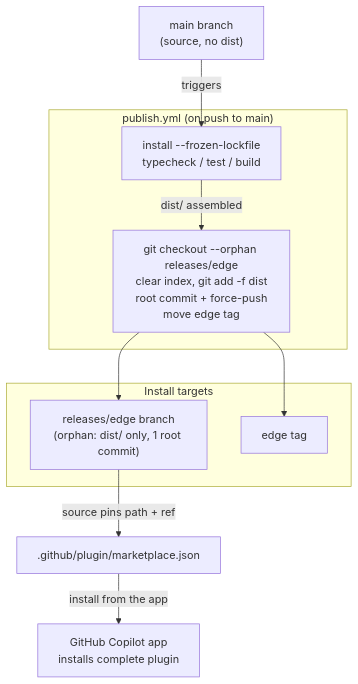
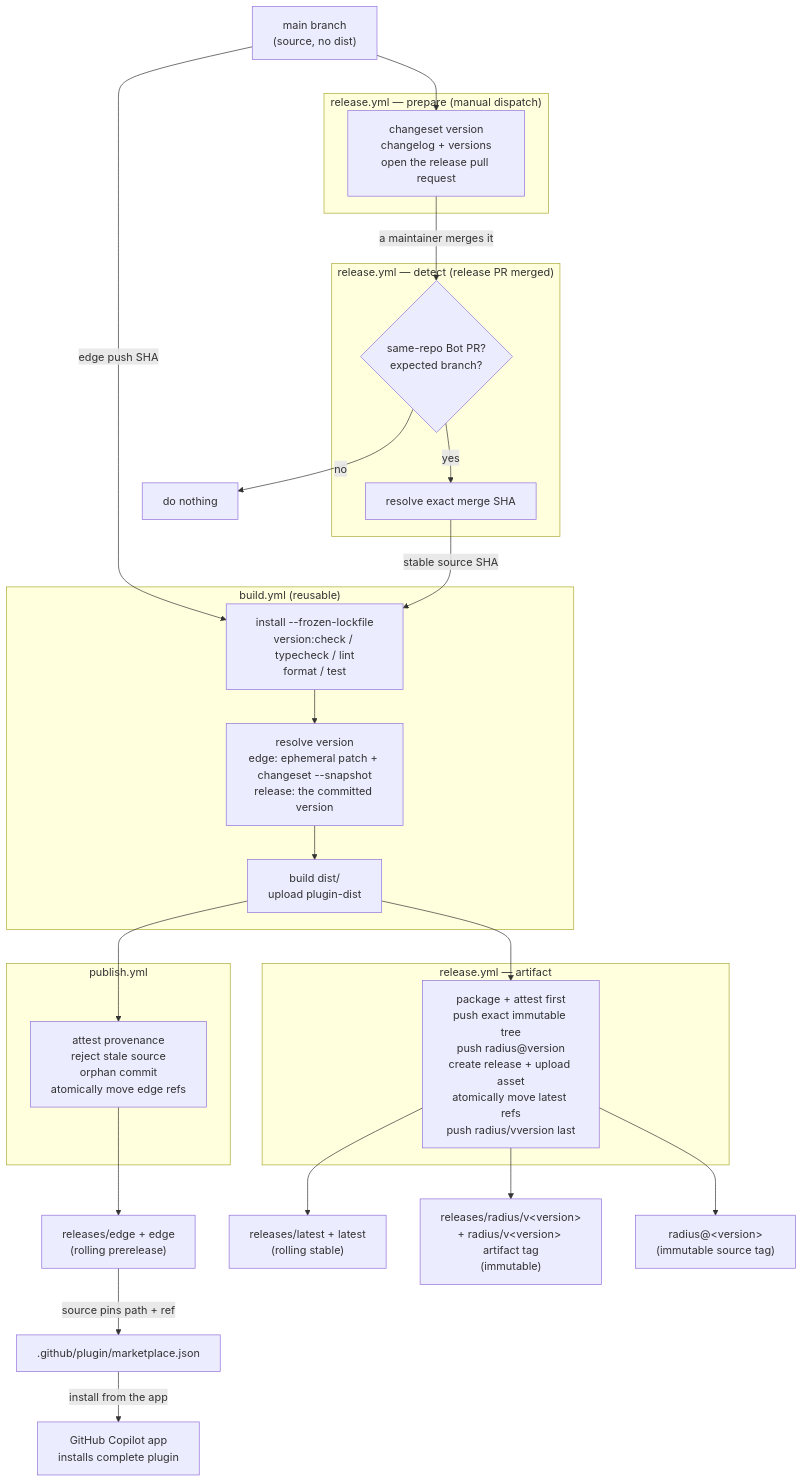
One commit to radius-project/ai-extensions changed the second of 2 diagrams in docs/architecture/plugin-packaging-and-publishing.md. Above: the diagram before and after it, drawn with Mermaid. The commit also changed other lines of this file and 18 other files, not shown here.

Commit message:
feat(release): add process for edge and stable

````diff
--- a/docs/architecture/plugin-packaging-and-publishing.md
+++ b/docs/architecture/plugin-packaging-and-publishing.md
@@ -84,21 +100,47 @@
 ```mermaid
 graph TD
-    subgraph CI["publish.yml (on push to main)"]
-        Steps["install --frozen-lockfile<br/>typecheck / test / build"]
-        Assemble["git checkout --orphan releases/edge<br/>clear index, git add -f dist<br/>root commit + force-push<br/>move edge tag"]
+    Main["main branch<br/>(source, no dist)"]
+
+    subgraph PrepWF["release.yml — prepare (manual dispatch)"]
+        VersionPR["changeset version<br/>changelog + versions<br/>open the release pull request"]
     end
 
-    Main["main branch<br/>(source, no dist)"] -->|triggers| Steps
-    Steps -->|dist/ assembled| Assemble
-
-    subgraph Published["Install targets"]
-        Release["releases/edge branch<br/>(orphan: dist/ only, 1 root commit)"]
-        Edge["edge tag"]
+    subgraph DetectWF["release.yml — detect (release PR merged)"]
+        Decide{"same-repo Bot PR?<br/>expected branch?"}
+        Source["resolve exact merge SHA"]
     end
 
-    Assemble --> Release
-    Assemble --> Edge
+    Main --> VersionPR
+    VersionPR -->|a maintainer merges it| Decide
+    Decide -->|no| Nothing["do nothing"]
+    Decide -->|yes| Source
 
-    Release -->|source pins path + ref| MP[".github/plugin/marketplace.json"]
+    subgraph BuildWF["build.yml (reusable)"]
+        Checks["install --frozen-lockfile<br/>version:check / typecheck / lint<br/>format / test"]
+        Resolve["resolve version<br/>edge: ephemeral patch + changeset --snapshot<br/>release: the committed version"]
+        Artifact["build dist/<br/>upload plugin-dist"]
+    end
+
+    Main -->|edge push SHA| Checks
+    Source -->|stable source SHA| Checks
+    Checks --> Resolve --> Artifact
+
+    subgraph EdgeWF["publish.yml"]
+        EdgePush["attest provenance<br/>reject stale source<br/>orphan commit<br/>atomically move edge refs"]
+    end
+
+    subgraph RelWF["release.yml — artifact"]
+        RelPush["package + attest first<br/>push exact immutable tree<br/>push radius@version<br/>create release + upload asset<br/>atomically move latest refs<br/>push radius/vversion last"]
+    end
+
+    Artifact --> EdgePush
+    Artifact --> RelPush
+
+    EdgePush --> Edge["releases/edge + edge<br/>(rolling prerelease)"]
+    RelPush --> Stable["releases/latest + latest<br/>(rolling stable)"]
+    RelPush --> Pinned["releases/radius/v&lt;version&gt;<br/>+ radius/v&lt;version&gt; artifact tag<br/>(immutable)"]
+    RelPush --> SourceTag["radius@&lt;version&gt;<br/>(immutable source tag)"]
+
+    Edge -->|source pins path + ref| MP[".github/plugin/marketplace.json"]
     MP -->|install from the app| Install["GitHub Copilot app<br/>installs complete plugin"]
 ```
````
